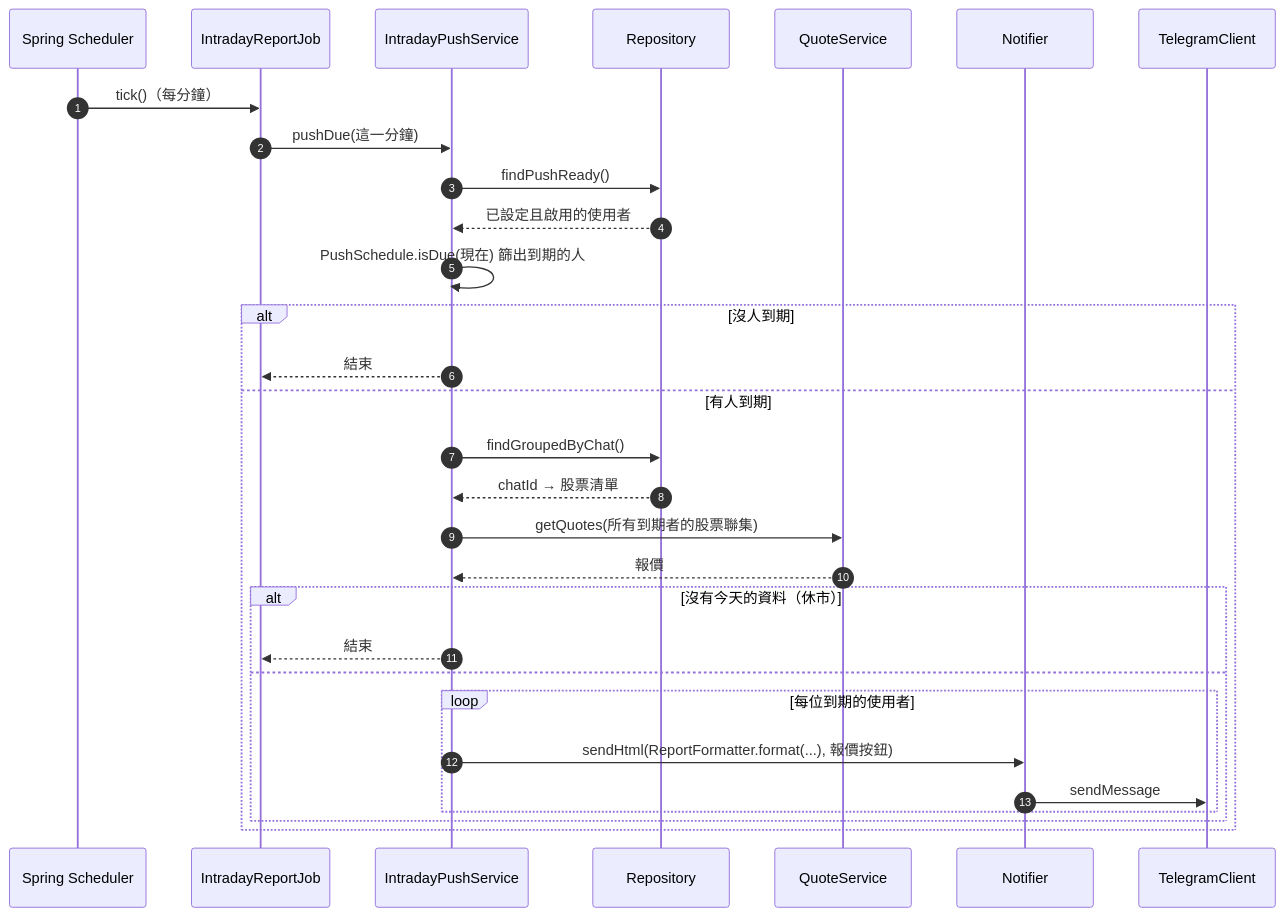
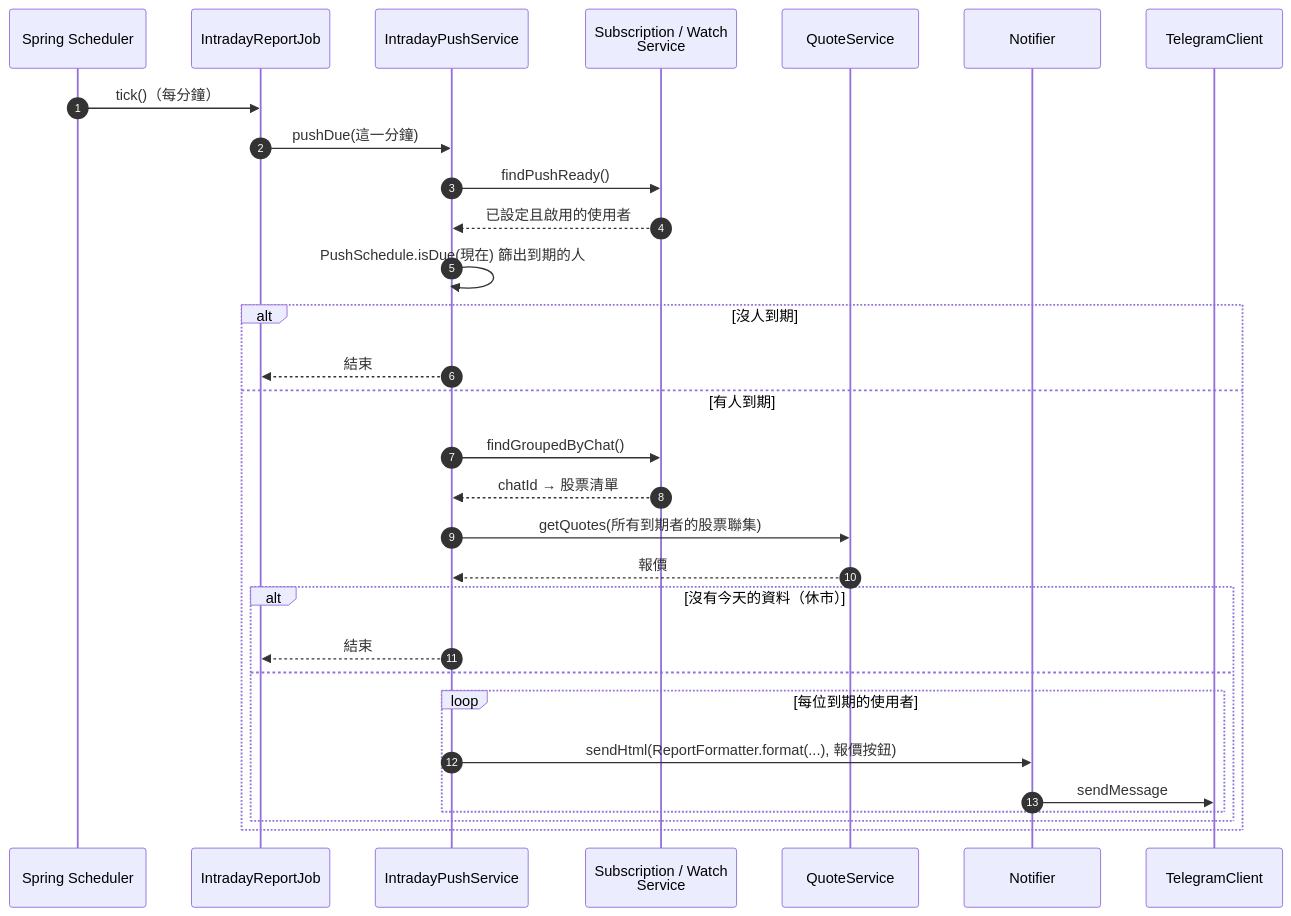
One commit to enochctcg/stock-bot-2 changed the third of 6 diagrams in docs/flow.md. Above: the diagram before and after it, drawn with Mermaid. The commit also changed other lines of this file and 98 other files, not shown here.

````diff
--- a/docs/flow.md
+++ b/docs/flow.md
@@ -128,33 +138,33 @@
 ```mermaid
 sequenceDiagram
     autonumber
     participant S as Spring Scheduler
     participant J as IntradayReportJob
     participant P as IntradayPushService
-    participant R as Repository
+    participant R as Subscription / Watch<br/>Service
     participant Q as QuoteService
     participant N as Notifier
     participant C as TelegramClient
 
     S->>J: tick()（每分鐘）
     J->>P: pushDue(這一分鐘)
     P->>R: findPushReady()
     R-->>P: 已設定且啟用的使用者
     P->>P: PushSchedule.isDue(現在) 篩出到期的人
     alt 沒人到期
         P-->>J: 結束
     else 有人到期
         P->>R: findGroupedByChat()
         R-->>P: chatId → 股票清單
         P->>Q: getQuotes(所有到期者的股票聯集)
         Q-->>P: 報價
         alt 沒有今天的資料（休市）
             P-->>J: 結束
         else
             loop 每位到期的使用者
                 P->>N: sendHtml(ReportFormatter.format(...), 報價按鈕)
                 N->>C: sendMessage
             end
         end
     end
 ```
````
